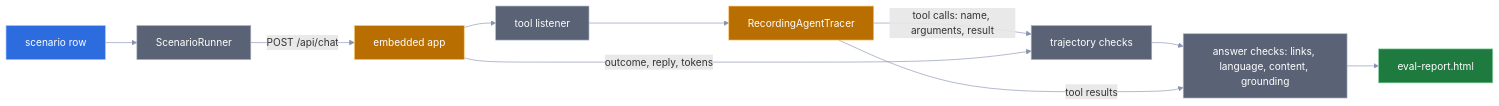
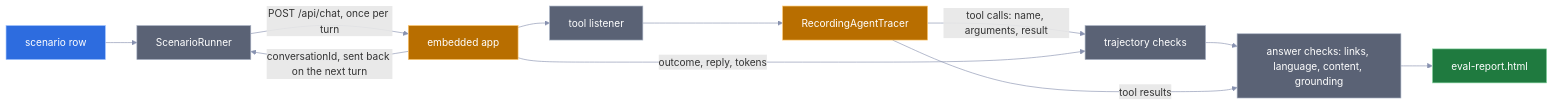
One commit to rodrigorjsf/java-micronaut-langchain4j-poc changed the diagram in docs/05-evaluation.md. Above: the diagram before and after it, drawn with Mermaid. The commit also changed other lines of this file and 5 other files, not shown here.

````diff
--- a/docs/05-evaluation.md
+++ b/docs/05-evaluation.md
@@ -167,21 +167,22 @@
 ```mermaid
 flowchart LR
     row[scenario row] --> runner[ScenarioRunner]
-    runner -- "POST /api/chat" --> app[embedded app]
+    runner -- "POST /api/chat, once per turn" --> app[embedded app]
+    app -- "conversationId, sent back on the next turn" --> runner
     app --> tools[tool listener]
     tools --> tracer[RecordingAgentTracer]
     tracer -- "tool calls: name, arguments, result" --> checks[trajectory checks]
     app -- "outcome, reply, tokens" --> checks
     checks --> answer[answer checks: links, language, content, grounding]
     tracer -- "tool results" --> answer
     answer --> html[eval-report.html]
     classDef input fill:#2d6cdf,stroke:#9ec1ff,color:#ffffff
     classDef seam fill:#b86e00,stroke:#ffc870,color:#ffffff
     classDef step fill:#5a6275,stroke:#aab3c5,color:#ffffff
     classDef out fill:#1f7a3f,stroke:#8fd9a8,color:#ffffff
     class row input
     class app,tracer seam
     class runner,tools,checks,answer step
     class html out
     linkStyle default stroke:#8892b0
 ```
````
